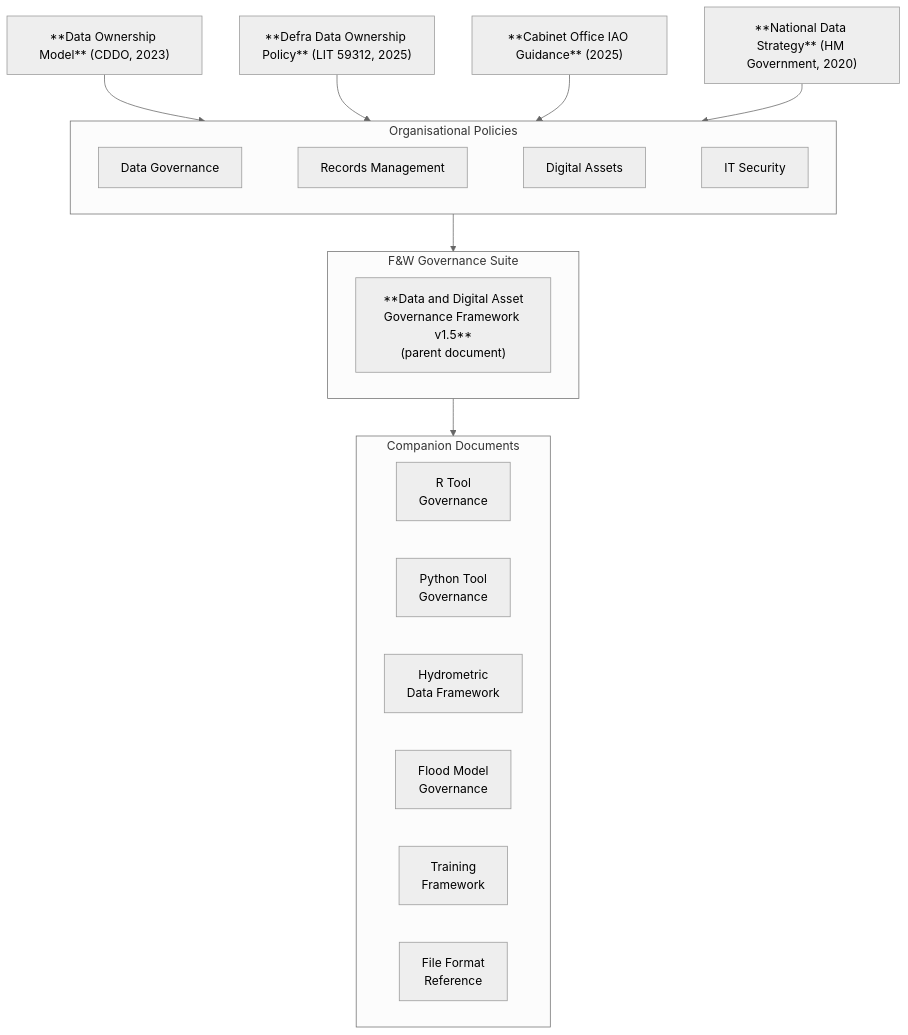
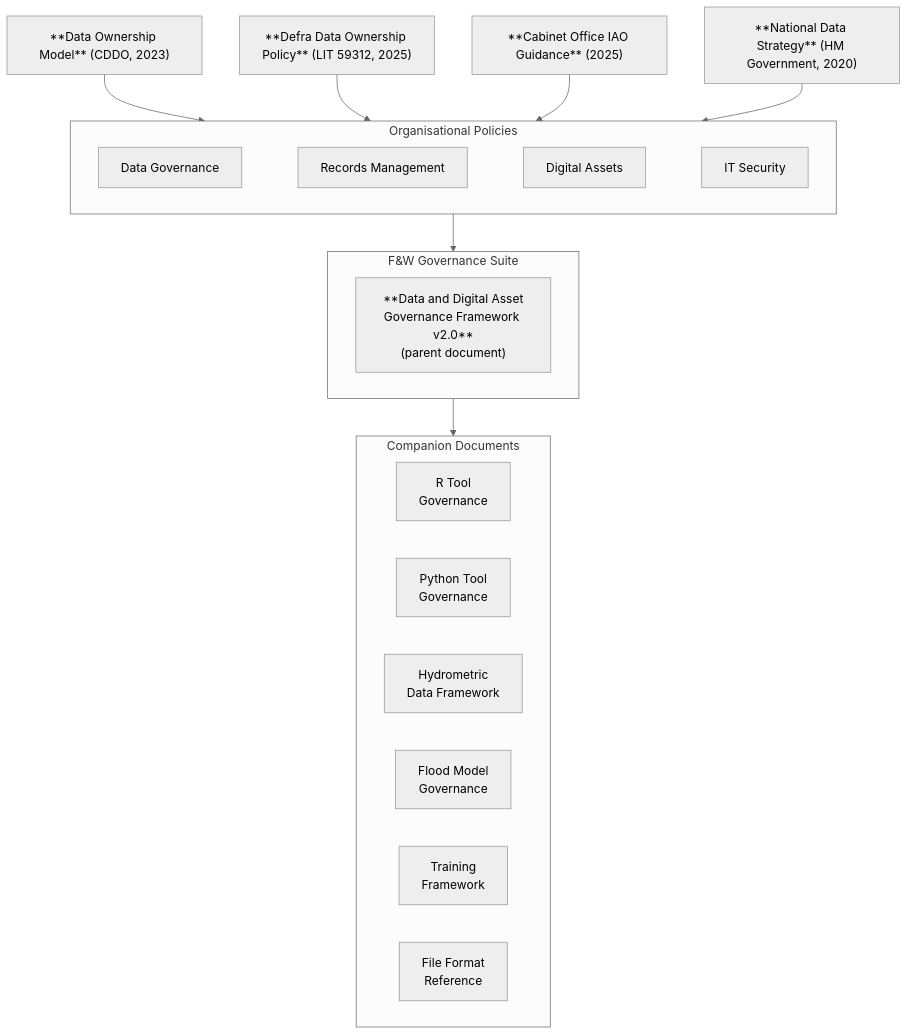
Before and after one commit to JonPayneEA/Governance: the first of 2 diagrams in presentation/governance-overview.qmd, drawn with Mermaid (neutral theme). The commit also changed other lines of this file and 13 other files, not shown here.

````diff
--- a/presentation/governance-overview.qmd
+++ b/presentation/governance-overview.qmd
@@ -50,31 +50,31 @@
 ```{mermaid}
 flowchart TD
     A["**Data Ownership Model** (CDDO, 2023)"]
     B["**Defra Data Ownership Policy** (LIT 59312, 2025)"]
     C["**Cabinet Office IAO Guidance** (2025)"]
     D["**National Data Strategy** (HM Government, 2020)"]
 
     subgraph ORG["Organisational Policies"]
         direction LR
         O1["Data Governance"] ~~~ O2["Records Management"] ~~~ O3["Digital Assets"] ~~~ O4["IT Security"]
     end
 
     subgraph FW["F&W Governance Suite"]
         direction LR
-        P["**Data and Digital Asset\nGovernance Framework v1.5**\n(parent document)"]
+        P["**Data and Digital Asset\nGovernance Framework v2.0**\n(parent document)"]
     end
 
     subgraph COMP["Companion Documents"]
         direction LR
         C1["R Tool\nGovernance"]
         C2["Python Tool\nGovernance"]
         C3["Hydrometric\nData Framework"]
         C4["Flood Model\nGovernance"]
         C5["Training\nFramework"]
         C6["File Format\nReference"]
     end
 
     A & B & C & D --> ORG
     ORG --> FW
     P --> COMP
 ```
````
